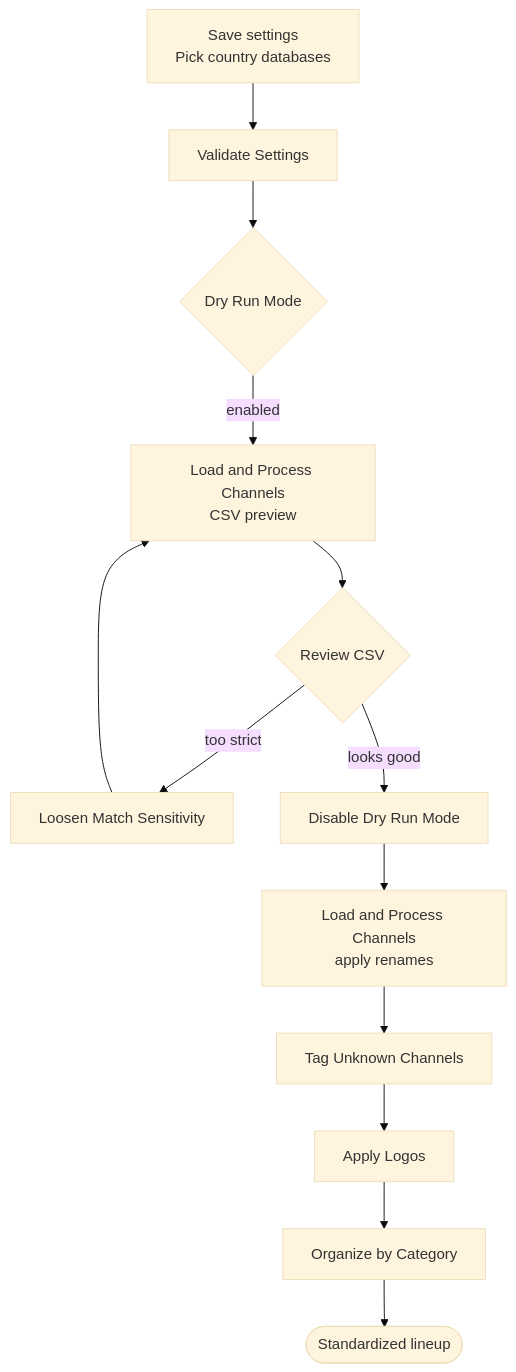
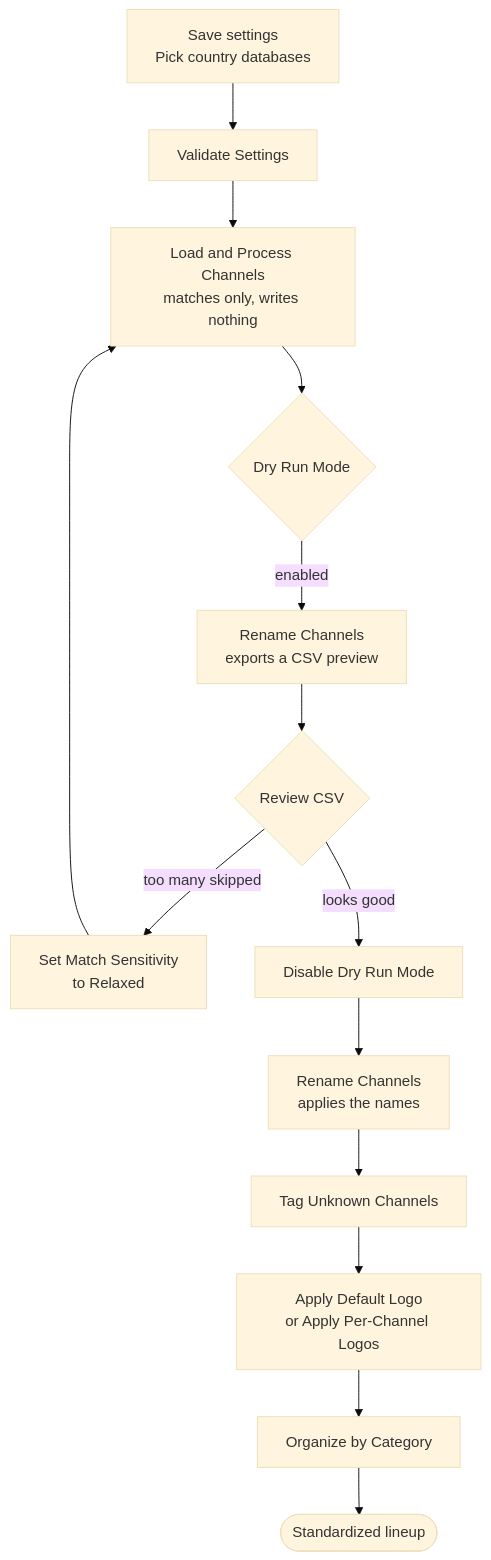
The diagram in docs/workflow/02-channel-mapparr.md (PiratesIRC/Dispatcharr-Plugin-Workflow), drawn with Mermaid (base theme) before and after one commit. The commit also changed other lines of this file and 9 other files, not shown here.

````diff
--- a/docs/workflow/02-channel-mapparr.md
+++ b/docs/workflow/02-channel-mapparr.md
@@ -17,15 +22,16 @@
 ```mermaid
 flowchart TD
     A["Save settings<br/>Pick country databases"] --> B["Validate Settings"]
-    B --> C{"Dry Run Mode"}
-    C -->|enabled| D["Load and Process Channels<br/>CSV preview"]
-    D --> E{"Review CSV"}
-    E -->|too strict| F["Loosen Match Sensitivity"]
-    F --> D
-    E -->|looks good| G["Disable Dry Run Mode"]
-    G --> H["Load and Process Channels<br/>apply renames"]
-    H --> I["Tag Unknown Channels"]
-    I --> J["Apply Logos"]
-    J --> K["Organize by Category"]
-    K --> Z(["Standardized lineup"])
+    B --> C["Load and Process Channels<br/>matches only, writes nothing"]
+    C --> D{"Dry Run Mode"}
+    D -->|enabled| E["Rename Channels<br/>exports a CSV preview"]
+    E --> F{"Review CSV"}
+    F -->|too many skipped| G["Set Match Sensitivity<br/>to Relaxed"]
+    G --> C
+    F -->|looks good| H["Disable Dry Run Mode"]
+    H --> I["Rename Channels<br/>applies the names"]
+    I --> J["Tag Unknown Channels"]
+    J --> K["Apply Default Logo<br/>or Apply Per-Channel Logos"]
+    K --> L["Organize by Category"]
+    L --> Z(["Standardized lineup"])
 ```
````
